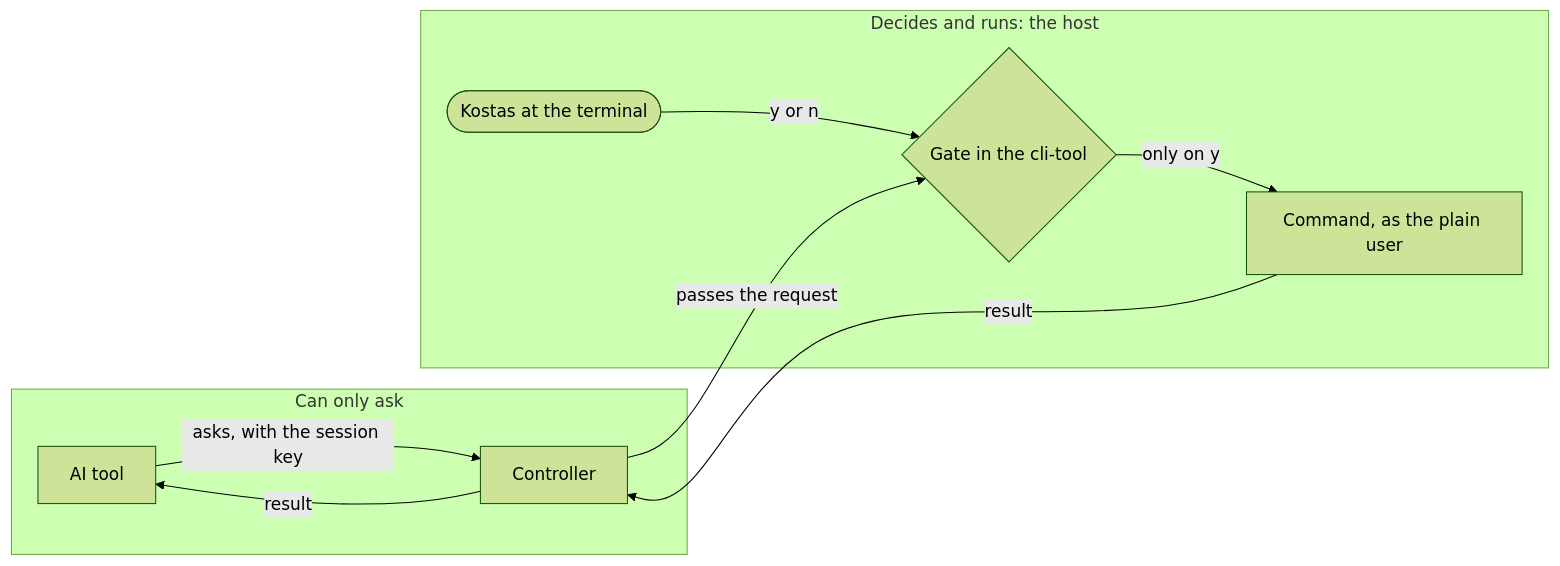
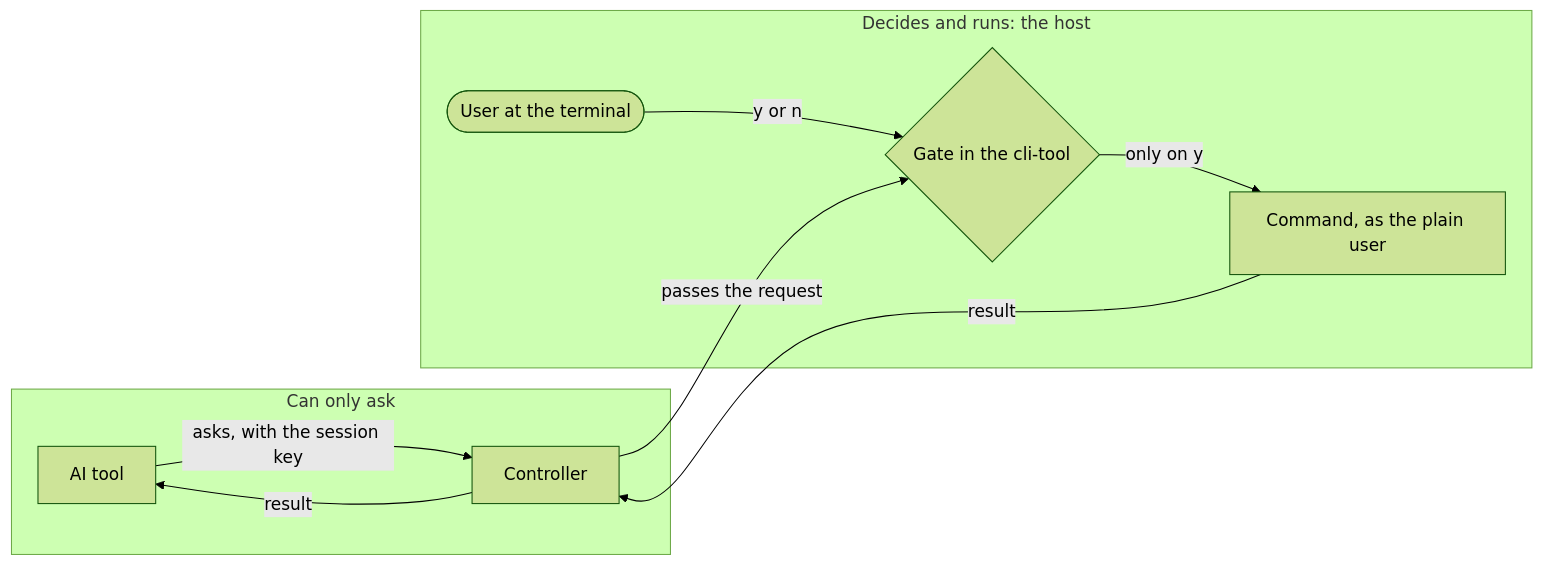
One commit to kdop/gangway changed the seventh of 8 diagrams in diagrams.draft.md. Above: the diagram before and after it, drawn with Mermaid (forest theme). The commit also changed other lines of this file and 4 other files, not shown here.

````diff
--- a/diagrams.draft.md
+++ b/diagrams.draft.md
@@ -165,20 +190,20 @@
 ```mermaid
 flowchart LR
   subgraph ask["Can only ask"]
     ai["AI tool"]
     ctl["Controller"]
   end
 
   subgraph decide["Decides and runs: the host"]
-    k(["Kostas at the terminal"])
+    k(["User at the terminal"])
     gate{"Gate in the cli-tool"}
     cmd["Command, as the plain user"]
   end
 
   ai -- "asks, with the session key" --> ctl
   ctl -- "passes the request" --> gate
   k -- "y or n" --> gate
   gate -- "only on y" --> cmd
   cmd -- "result" --> ctl
   ctl -- "result" --> ai
 ```
````
